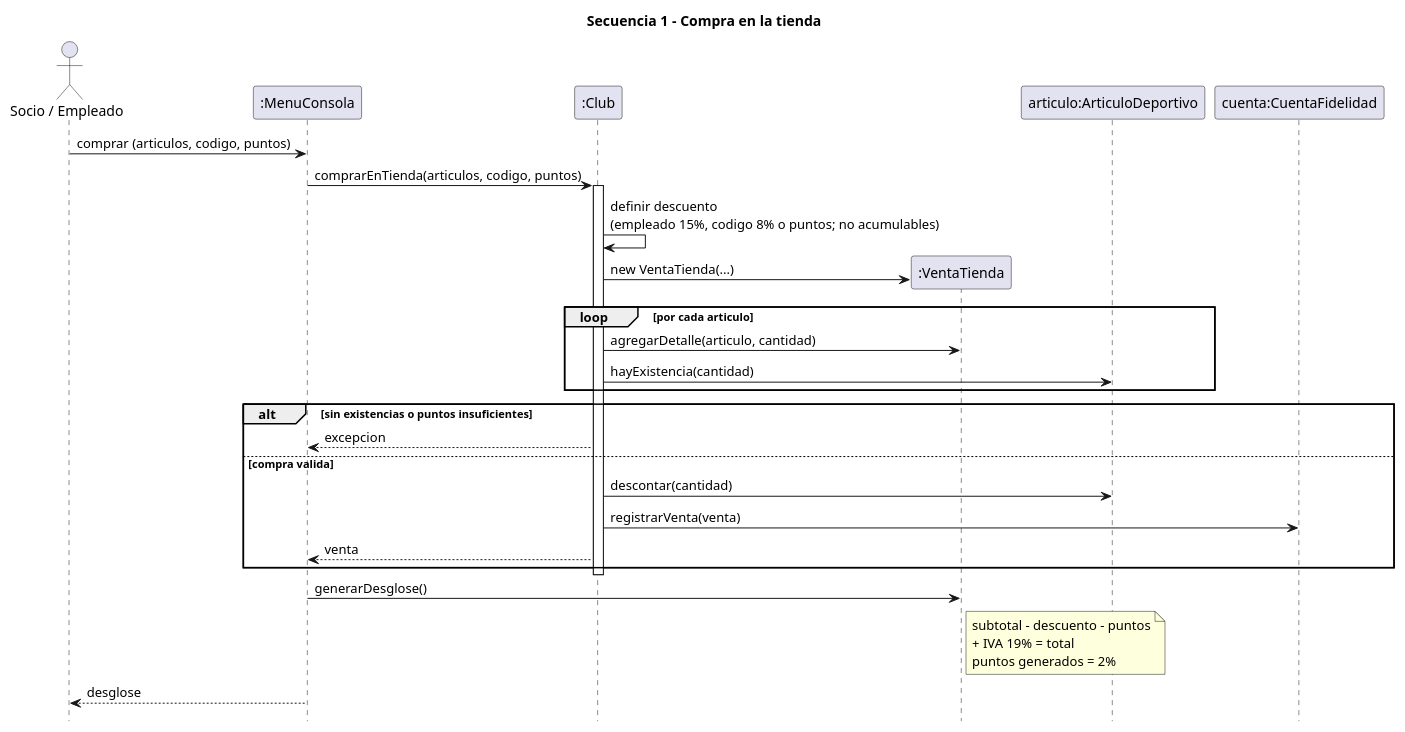
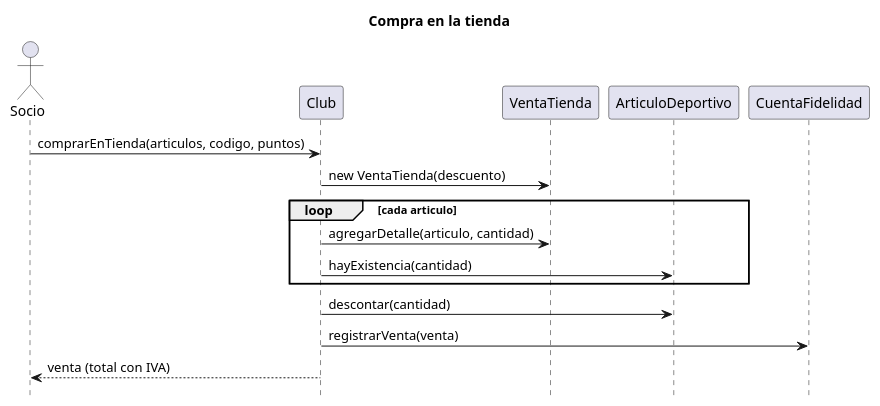
The diagram in Proyecto 1/Entrega 2/ClubDeportivoseneca/diagramas/secuencia/CDS_SEC_1_compra_tienda.puml (alejandrod-24/G03-ClubDeportivo), drawn with PlantUML before and after one commit. The commit also changed 11 other files, not shown here.

Commit message:
diagramas secuencia

```diff
--- a/Proyecto 1/Entrega 2/ClubDeportivoseneca/diagramas/secuencia/CDS_SEC_1_compra_tienda.puml
+++ b/Proyecto 1/Entrega 2/ClubDeportivoseneca/diagramas/secuencia/CDS_SEC_1_compra_tienda.puml
@@ -1,34 +1,20 @@
 @startuml
-' Club Deportivo Séneca - Secuencia 1: compra en la tienda (RF-SOC-14 / RF-EMP-04)
-title Secuencia 1 - Compra en la tienda
+title Compra en la tienda
 hide footbox
-skinparam shadowing false
 
-actor "Socio / Empleado" as U
-participant ":MenuConsola" as M
-participant ":Club" as C
-participant ":VentaTienda" as V
-participant "articulo:ArticuloDeportivo" as A
-participant "cuenta:CuentaFidelidad" as CF
+actor Socio
+participant Club
+participant VentaTienda
+participant ArticuloDeportivo
+participant CuentaFidelidad
 
-U -> M : comprar (articulos, codigo, puntos)
-M -> C : comprarEnTienda(articulos, codigo, puntos)
-activate C
-C -> C : definir descuento\n(empleado 15%, codigo 8% o puntos; no acumulables)
-C -> V ** : new VentaTienda(...)
-loop por cada articulo
-  C -> V : agregarDetalle(articulo, cantidad)
-  C -> A : hayExistencia(cantidad)
+Socio -> Club : comprarEnTienda(articulos, codigo, puntos)
+Club -> VentaTienda : new VentaTienda(descuento)
+loop cada articulo
+  Club -> VentaTienda : agregarDetalle(articulo, cantidad)
+  Club -> ArticuloDeportivo : hayExistencia(cantidad)
 end
-alt sin existencias o puntos insuficientes
-  C --> M : excepcion
-else compra valida
-  C -> A : descontar(cantidad)
-  C -> CF : registrarVenta(venta)
-  C --> M : venta
-end
-deactivate C
-M -> V : generarDesglose()
-note right of V : subtotal - descuento - puntos\n+ IVA 19% = total\npuntos generados = 2%
-M --> U : desglose
+Club -> ArticuloDeportivo : descontar(cantidad)
+Club -> CuentaFidelidad : registrarVenta(venta)
+Club --> Socio : venta (total con IVA)
 @enduml
```
